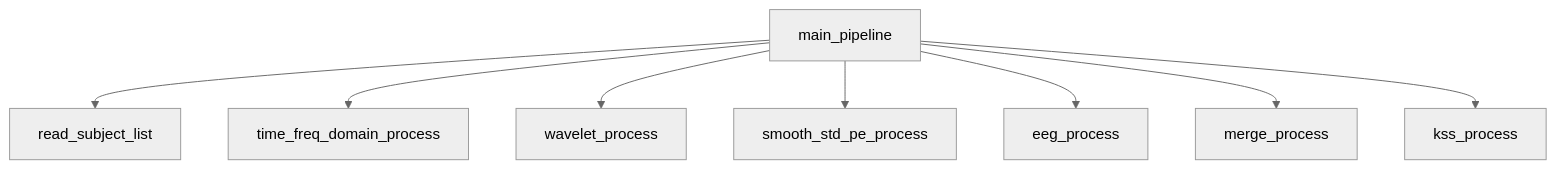
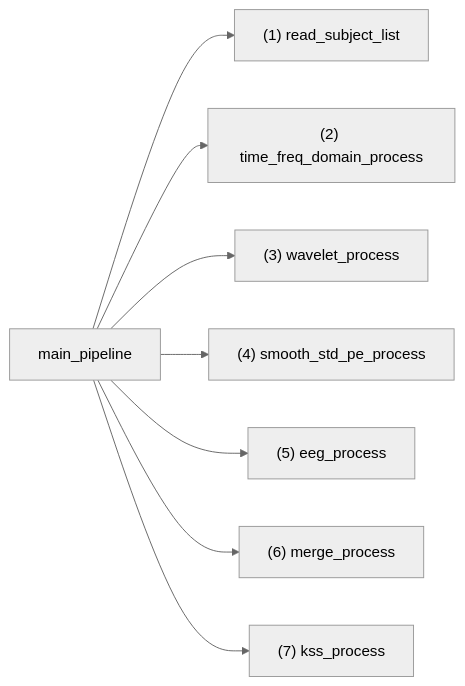
The second of 5 diagrams in docs/source/guide/developer_guide.md (YutaroNakagama/vehicle_based_DDD_comparison), drawn with Mermaid (neutral theme) before and after one commit. The commit also changed other lines of this file, not shown here.

````diff
--- a/docs/source/guide/developer_guide.md
+++ b/docs/source/guide/developer_guide.md
@@ -83,10 +103,10 @@
 ```mermaid
-graph TD
-  main_pipeline --> read_subject_list
-  main_pipeline --> time_freq_domain_process
-  main_pipeline --> wavelet_process
-  main_pipeline --> smooth_std_pe_process
-  main_pipeline --> eeg_process
-  main_pipeline --> merge_process
-  main_pipeline --> kss_process
+graph LR
+  main_pipeline --> read_subject_list["(1) read_subject_list"]
+  main_pipeline --> time_freq_domain_process["(2) time_freq_domain_process"]
+  main_pipeline --> wavelet_process["(3) wavelet_process"]
+  main_pipeline --> smooth_std_pe_process["(4) smooth_std_pe_process"]
+  main_pipeline --> eeg_process["(5) eeg_process"]
+  main_pipeline --> merge_process["(6) merge_process"]
+  main_pipeline --> kss_process["(7) kss_process"]
 ```
````
